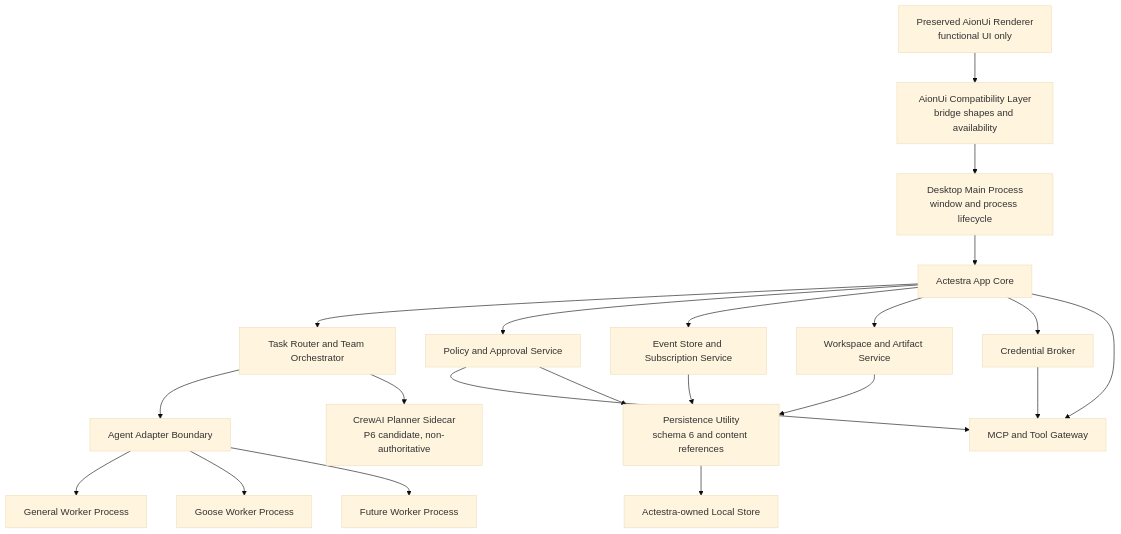
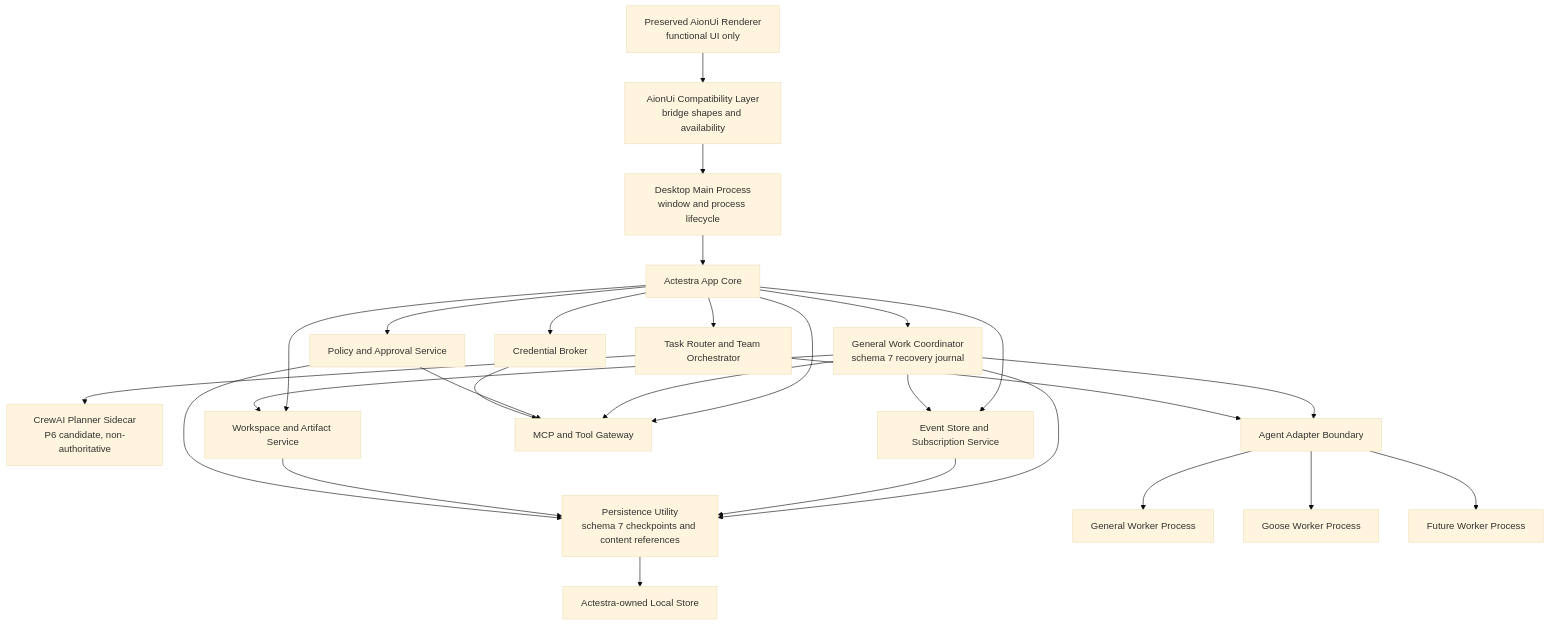
One commit to Ablankpaper/actestra-desktop changed the diagram in docs/architecture/SYSTEM_OVERVIEW.md. Above: the diagram before and after it, drawn with Mermaid (base theme). The commit also changed other lines of this file and 44 other files, not shown here.

Commit message:
feat: add durable general-work coordination and recovery (#13)

````diff
--- a/docs/architecture/SYSTEM_OVERVIEW.md
+++ b/docs/architecture/SYSTEM_OVERVIEW.md
@@ -16,41 +16,48 @@
 ```mermaid
 flowchart TD
     RENDERER["Preserved AionUi Renderer\nfunctional UI only"]
     COMPAT["AionUi Compatibility Layer\nbridge shapes and availability"]
     MAIN["Desktop Main Process\nwindow and process lifecycle"]
     CORE["Actestra App Core"]
+    RECOVERY["General Work Coordinator\nschema 7 recovery journal"]
     ROUTER["Task Router and Team Orchestrator"]
     PLANNER["CrewAI Planner Sidecar\nP6 candidate, non-authoritative"]
     POLICY["Policy and Approval Service"]
     EVENTS["Event Store and Subscription Service"]
     ARTIFACTS["Workspace and Artifact Service"]
     CREDS["Credential Broker"]
     TOOLS["MCP and Tool Gateway"]
-    PERSIST["Persistence Utility\nschema 6 and content references"]
+    PERSIST["Persistence Utility\nschema 7 checkpoints and content references"]
     ADAPTERS["Agent Adapter Boundary"]
     GENERAL["General Worker Process"]
     GOOSE["Goose Worker Process"]
     FUTURE["Future Worker Process"]
     STORE["Actestra-owned Local Store"]
 
     RENDERER --> COMPAT
     COMPAT --> MAIN
     MAIN --> CORE
+    CORE --> RECOVERY
     CORE --> ROUTER
     CORE --> POLICY
     CORE --> EVENTS
     CORE --> ARTIFACTS
     CORE --> CREDS
     CORE --> TOOLS
+    RECOVERY --> EVENTS
+    RECOVERY --> ARTIFACTS
+    RECOVERY --> TOOLS
+    RECOVERY --> ADAPTERS
+    RECOVERY --> PERSIST
     ROUTER --> ADAPTERS
     ROUTER --> PLANNER
     ADAPTERS --> GENERAL
     ADAPTERS --> GOOSE
     ADAPTERS --> FUTURE
     POLICY --> TOOLS
     CREDS --> TOOLS
     EVENTS --> PERSIST
     ARTIFACTS --> PERSIST
     POLICY --> PERSIST
     PERSIST --> STORE
 ```
````
